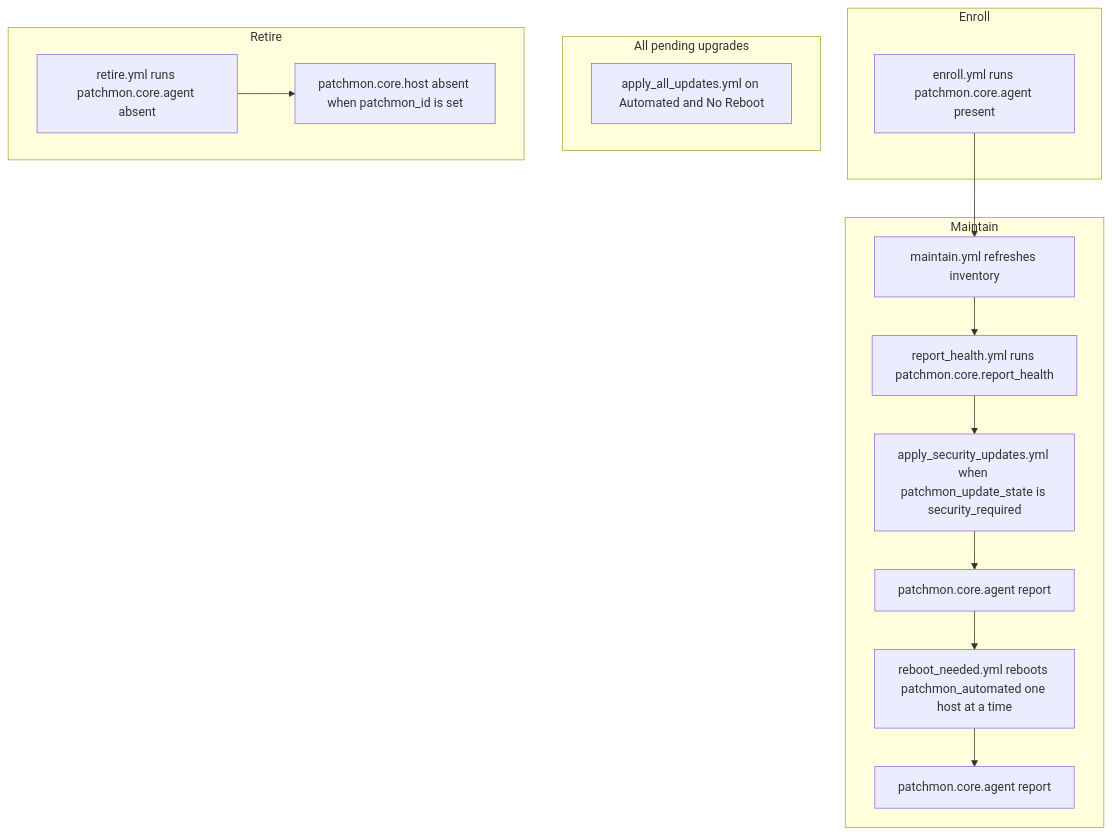
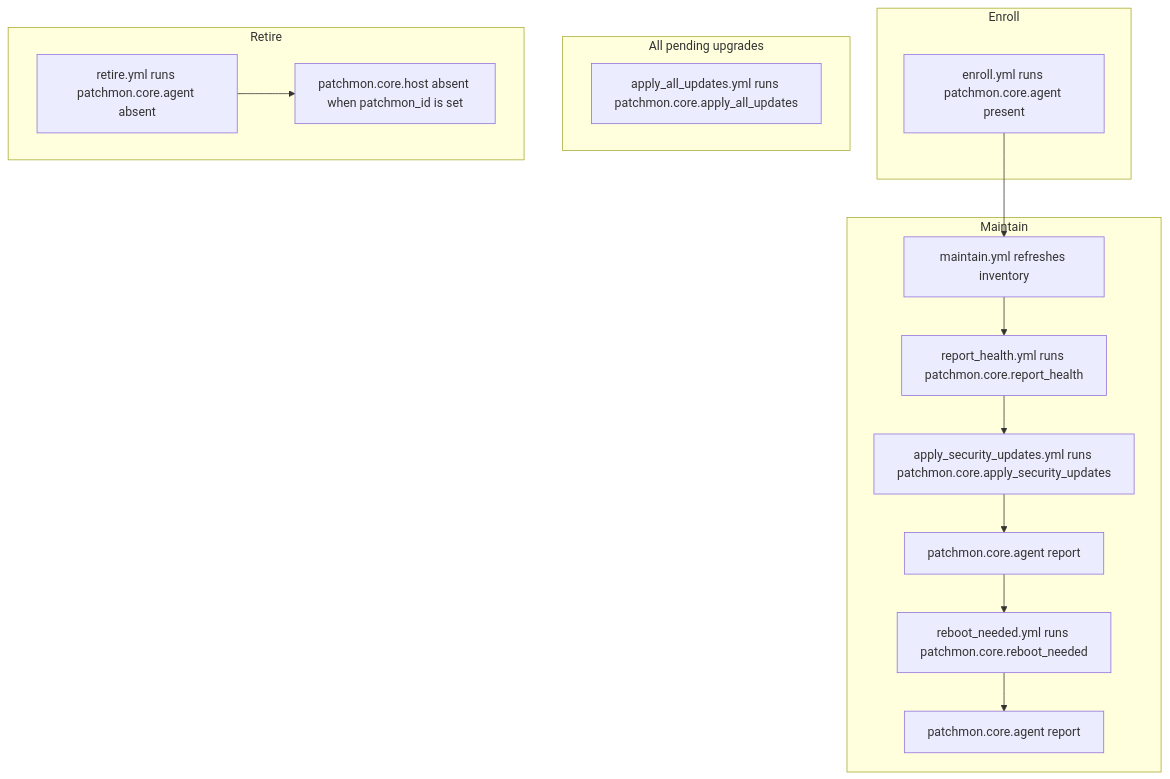
One commit to mrjoshuap/PatchMon-ansible changed the second of 2 diagrams in README.md. Above: the diagram before and after it, drawn with Mermaid. The commit also changed other lines of this file and 29 other files, not shown here.

````diff
--- a/README.md
+++ b/README.md
@@ -131,28 +134,28 @@
 ```mermaid
 flowchart TD
   subgraph enroll [Enroll]
     enrollAgent["enroll.yml runs patchmon.core.agent present"]
   end
   subgraph maintain [Maintain]
     refresh[maintain.yml refreshes inventory]
     health["report_health.yml runs patchmon.core.report_health"]
-    securityUpd["apply_security_updates.yml when patchmon_update_state is security_required"]
+    securityUpd["apply_security_updates.yml runs patchmon.core.apply_security_updates"]
     reportSec["patchmon.core.agent report"]
-    rebootHost["reboot_needed.yml reboots patchmon_automated one host at a time"]
+    rebootHost["reboot_needed.yml runs patchmon.core.reboot_needed"]
     reportReboot["patchmon.core.agent report"]
     refresh --> health
     health --> securityUpd
     securityUpd --> reportSec
     reportSec --> rebootHost
     rebootHost --> reportReboot
   end
   subgraph allPending [All pending upgrades]
-    allUpdates["apply_all_updates.yml on Automated and No Reboot"]
+    allUpdates["apply_all_updates.yml runs patchmon.core.apply_all_updates"]
   end
   subgraph retire [Retire]
     removeAgent["retire.yml runs patchmon.core.agent absent"]
     deleteHost["patchmon.core.host absent when patchmon_id is set"]
     removeAgent --> deleteHost
   end
   enrollAgent --> refresh
 ```
````
